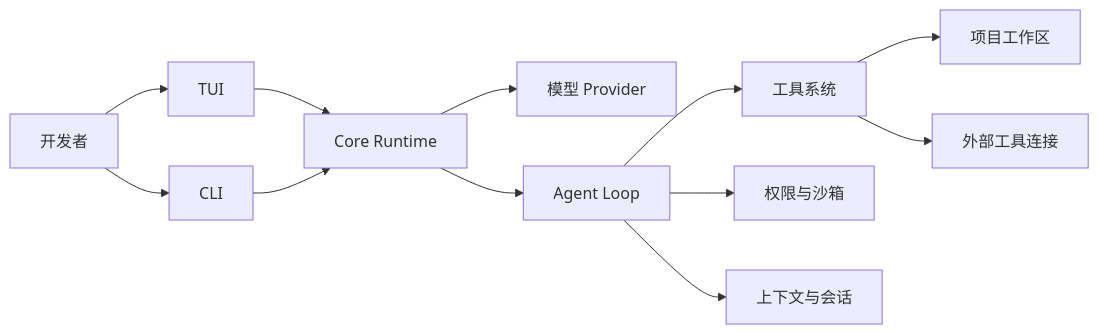
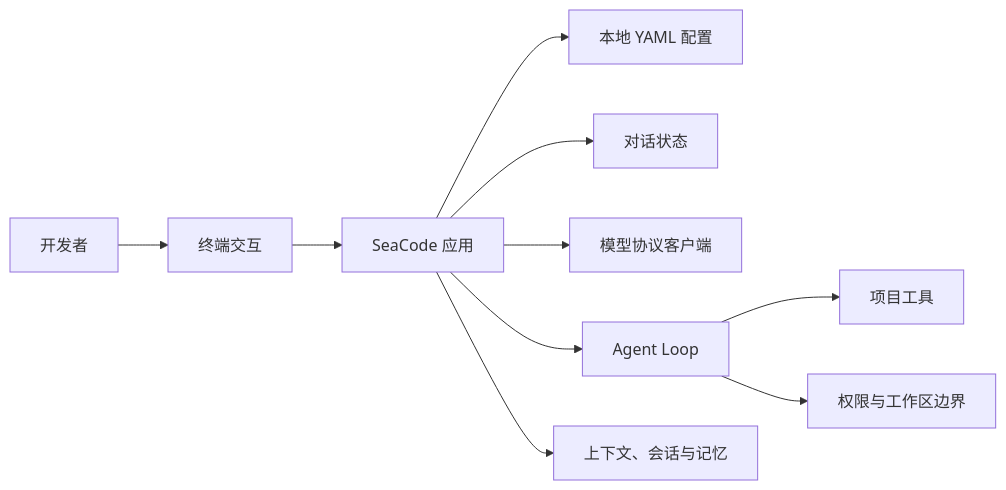
One commit to seaFall98/SeaCode changed the diagram in docs-zh/PRD-SeaCode.md. Above: the diagram before and after it, drawn with Mermaid. The commit also changed other lines of this file and 26 other files, not shown here.

Commit message:
feat: add provider conversation tui

````diff
--- a/docs-zh/PRD-SeaCode.md
+++ b/docs-zh/PRD-SeaCode.md
@@ -59,14 +38,12 @@
 ```mermaid
 flowchart LR
-    User[开发者] --> TUI[TUI]
-    User --> CLI[CLI]
-    TUI --> Runtime[Core Runtime]
-    CLI --> Runtime
-    Runtime --> Provider[模型 Provider]
-    Runtime --> Loop[Agent Loop]
-    Loop --> Tools[工具系统]
-    Loop --> Policy[权限与沙箱]
-    Loop --> Context[上下文与会话]
-    Tools --> Workspace[项目工作区]
-    Tools --> External[外部工具连接]
+    User[开发者] --> TUI[终端交互]
+    TUI --> App[SeaCode 应用]
+    App --> Config[本地 YAML 配置]
+    App --> Conversation[对话状态]
+    App --> Provider[模型协议客户端]
+    App --> Loop[Agent Loop]
+    Loop --> Tools[项目工具]
+    Loop --> Guard[权限与工作区边界]
+    App --> State[上下文、会话与记忆]
 ```
````
